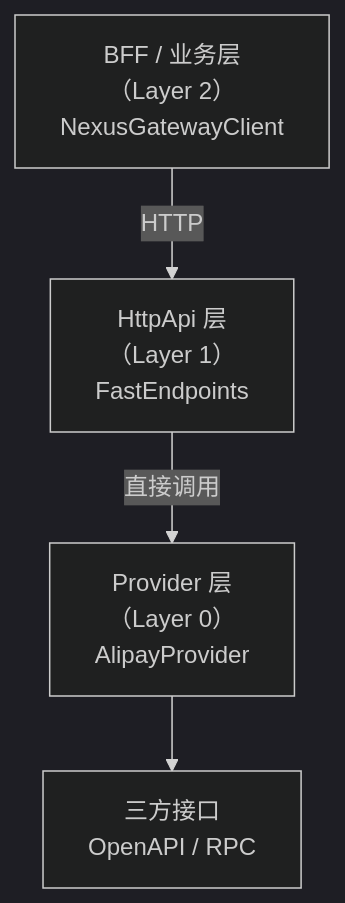
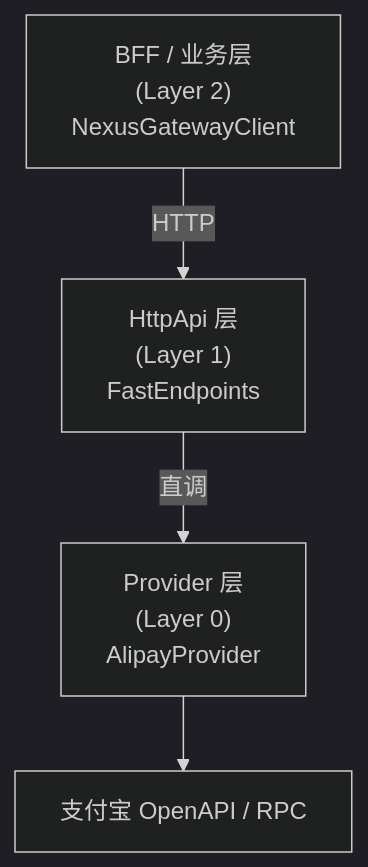
Before and after one commit to NexusContract/PubSoft.NexusContract: the first of 2 diagrams in README.zh-CN.md, drawn with Mermaid (dark theme). The commit also changed other lines of this file and 1 other file, not shown here.

````diff
--- a/README.zh-CN.md
+++ b/README.zh-CN.md
@@ -188,11 +219,11 @@
 ```mermaid
 flowchart TB
-    BFF["BFF / 业务层<br/>（Layer 2）<br/>NexusGatewayClient"]
-    API["HttpApi 层<br/>（Layer 1）<br/>FastEndpoints"]
-    Provider["Provider 层<br/>（Layer 0）<br/>AlipayProvider"]
-    OpenAPI["三方接口<br/>OpenAPI / RPC"]
+    BFF["BFF / 业务层<br/>(Layer 2)<br/>NexusGatewayClient"]
+    API["HttpApi 层<br/>(Layer 1)<br/>FastEndpoints"]
+    Provider["Provider 层<br/>(Layer 0)<br/>AlipayProvider"]
+    OpenAPI["支付宝 OpenAPI / RPC"]
 
     BFF -->|HTTP| API
-    API -->|直接调用| Provider
+    API -->|直调| Provider
     Provider --> OpenAPI
 ```
````
